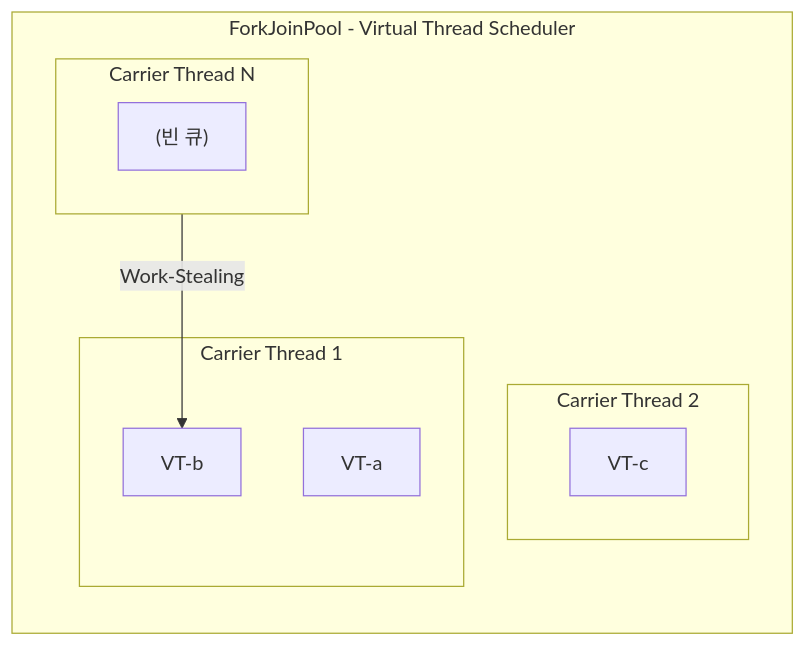
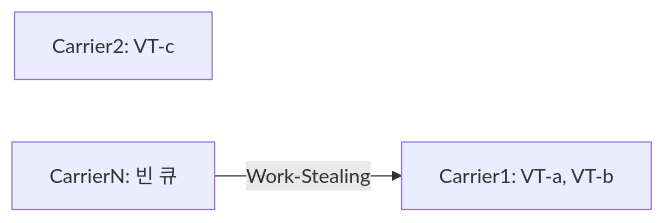
Before and after one commit to yjkim2015/yjkim2015.github.io: the fourth of 7 diagrams in _posts/java/2026-05-01-java-virtual-thread.md, drawn with Mermaid. The commit also changed other lines of this file and 215 other files, not shown here.

First line of the commit message:
신규 포스트 10개 추가 + Mermaid 전면 축소 + SystemDesign 시리즈 보강

````diff
--- a/_posts/java/2026-05-01-java-virtual-thread.md
+++ b/_posts/java/2026-05-01-java-virtual-thread.md
@@ -165,16 +152,7 @@
 ```mermaid
 graph LR
-  subgraph FJP["ForkJoinPool - Virtual Thread Scheduler"]
-    subgraph C1["Carrier Thread 1"]
-      VTa[VT-a]
-      VTb[VT-b]
-    end
-    subgraph C2["Carrier Thread 2"]
-      VTc[VT-c]
-    end
-    subgraph CN["Carrier Thread N"]
-      EMPTY["(빈 큐)"]
-    end
-    CN -->|Work-Stealing| VTb
-  end
+  C1["Carrier1: VT-a, VT-b"]
+  C2["Carrier2: VT-c"]
+  CN["CarrierN: 빈 큐"]
+  CN -->|Work-Stealing| C1
 ```
````
